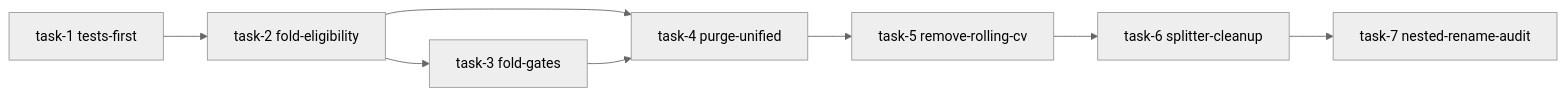
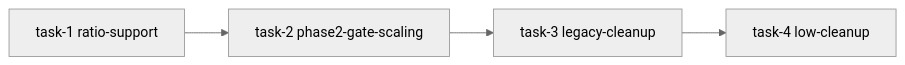
One commit to m-danaee/trading_platform changed the diagram in .opencode/plans/PLAN.md. Above: the diagram before and after it, drawn with Mermaid (neutral theme). The commit also changed other lines of this file and 12 other files, not shown here.

First line of the commit message:
fix: update fold-gates objective and clean up related configurations

````diff
--- a/.opencode/plans/PLAN.md
+++ b/.opencode/plans/PLAN.md
@@ -288,10 +171,6 @@
 ```mermaid
 flowchart LR
-  t1[task-1 tests-first] --> t2[task-2 fold-eligibility]
-  t2 --> t3[task-3 fold-gates]
-  t2 --> t4[task-4 purge-unified]
-  t3 --> t4
-  t4 --> t5[task-5 remove-rolling-cv]
-  t5 --> t6[task-6 splitter-cleanup]
-  t6 --> t7[task-7 nested-rename-audit]
+  t1[task-1 ratio-support] --> t2[task-2 phase2-gate-scaling]
+  t2 --> t3[task-3 legacy-cleanup]
+  t3 --> t4[task-4 low-cleanup]
 ```
````
